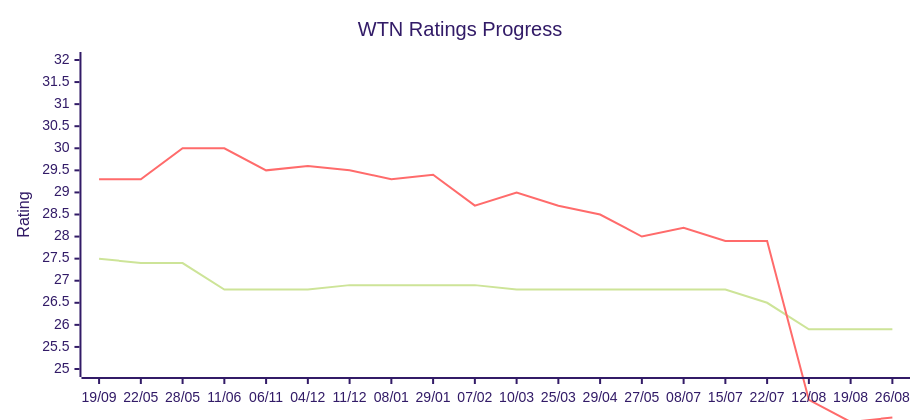
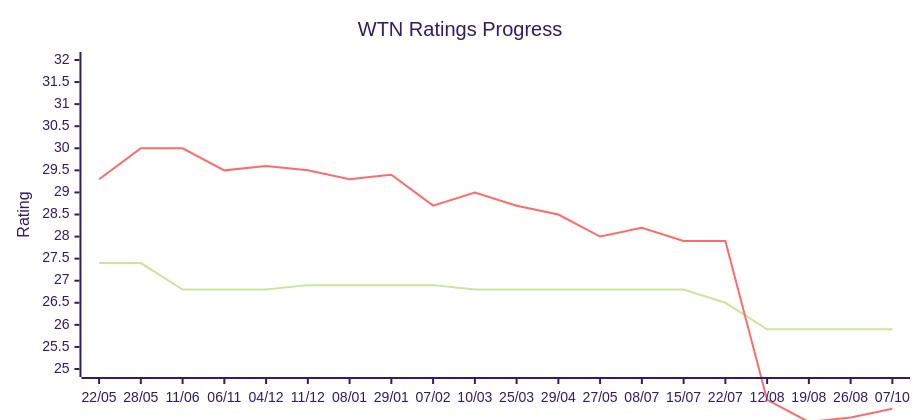
The diagram in README.md (jamesrwhite/wtn), drawn with Mermaid (forest theme) before and after one commit. The commit also changed other lines of this file and 1 other file, not shown here.

Commit message:
Updated ratings

````diff
--- a/README.md
+++ b/README.md
@@ -12,14 +12,14 @@
 ```mermaid
 ---
 config:
   xyChart:
     width: 900
     height: 400
 ---
 xychart-beta
   title "WTN Ratings Progress"
-  x-axis ["19/09", "22/05", "28/05", "11/06", "06/11", "04/12", "11/12", "08/01", "29/01", "07/02", "10/03", "25/03", "29/04", "27/05", "08/07", "15/07", "22/07", "12/08", "19/08", "26/08"]
+  x-axis ["22/05", "28/05", "11/06", "06/11", "04/12", "11/12", "08/01", "29/01", "07/02", "10/03", "25/03", "29/04", "27/05", "08/07", "15/07", "22/07", "12/08", "19/08", "26/08", "07/10"]
   y-axis "Rating" 25 --> 32
-  line [27.5, 27.4, 27.4, 26.8, 26.8, 26.8, 26.9, 26.9, 26.9, 26.9, 26.8, 26.8, 26.8, 26.8, 26.8, 26.8, 26.5, 25.9, 25.9, 25.9]
-  line [29.3, 29.3, 30.0, 30.0, 29.5, 29.6, 29.5, 29.3, 29.4, 28.7, 29.0, 28.7, 28.5, 28.0, 28.2, 27.9, 27.9, 24.3, 23.8, 23.9]
+  line [27.4, 27.4, 26.8, 26.8, 26.8, 26.9, 26.9, 26.9, 26.9, 26.8, 26.8, 26.8, 26.8, 26.8, 26.8, 26.5, 25.9, 25.9, 25.9, 25.9]
+  line [29.3, 30.0, 30.0, 29.5, 29.6, 29.5, 29.3, 29.4, 28.7, 29.0, 28.7, 28.5, 28.0, 28.2, 27.9, 27.9, 24.3, 23.8, 23.9, 24.1]
 ```
````
